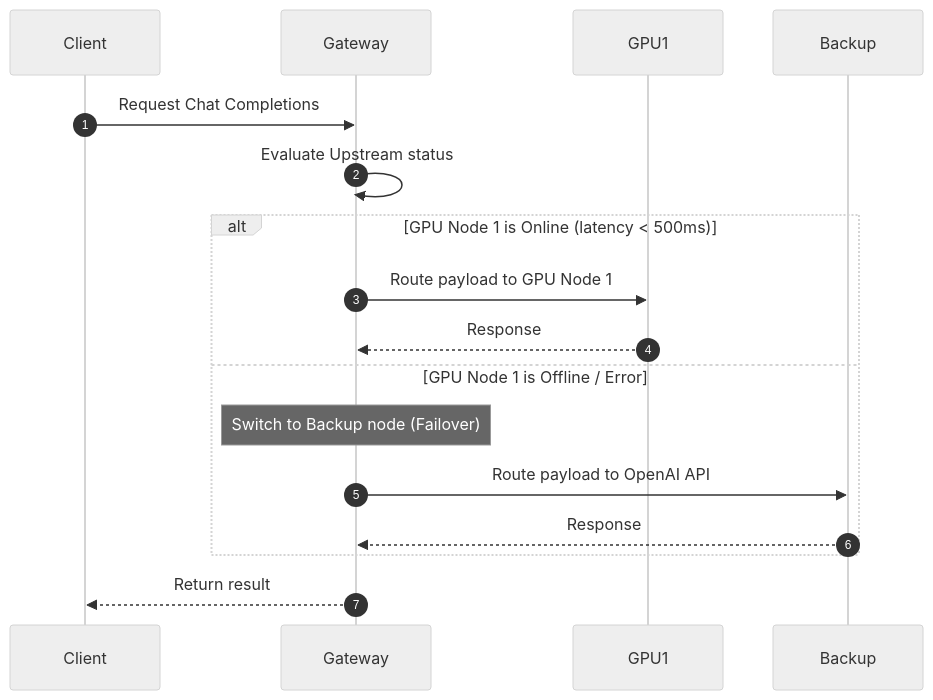
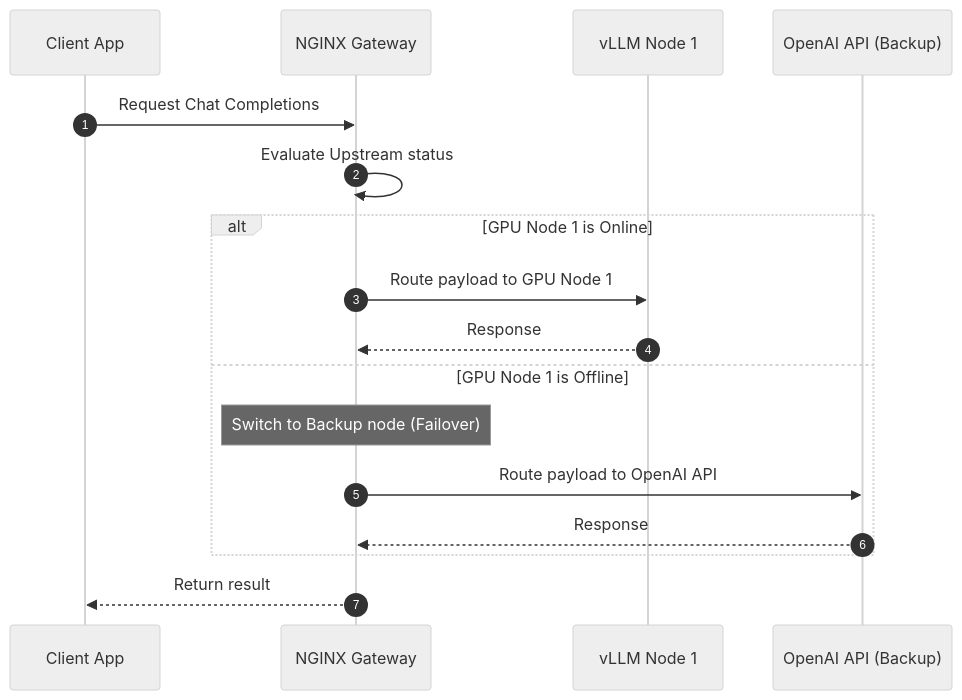
The second of 2 diagrams in docs/projects/ai-gateway-infra-demo.md (devcy0922/devcy0922.github.io), drawn with Mermaid (neutral theme) before and after one commit. The commit also changed 49 other files, not shown here.

Commit message:
fix: remove image config, improve hero text style, and fix mermaid sequenceDiagram syntax

````diff
--- a/docs/projects/ai-gateway-infra-demo.md
+++ b/docs/projects/ai-gateway-infra-demo.md
@@ -45,15 +45,20 @@
 ```mermaid
 sequenceDiagram
     autonumber
+    participant Client as Client App
+    participant Gateway as NGINX Gateway
+    participant GPU1 as vLLM Node 1
+    participant Backup as OpenAI API (Backup)
+
     Client->>Gateway: Request Chat Completions
     Gateway->>Gateway: Evaluate Upstream status
-    alt GPU Node 1 is Online (latency < 500ms)
+    alt GPU Node 1 is Online
         Gateway->>GPU1: Route payload to GPU Node 1
         GPU1-->>Gateway: Response
-    else GPU Node 1 is Offline / Error
+    else GPU Node 1 is Offline
         Note over Gateway: Switch to Backup node (Failover)
         Gateway->>Backup: Route payload to OpenAI API
         Backup-->>Gateway: Response
     end
     Gateway-->>Client: Return result
 ```
````
